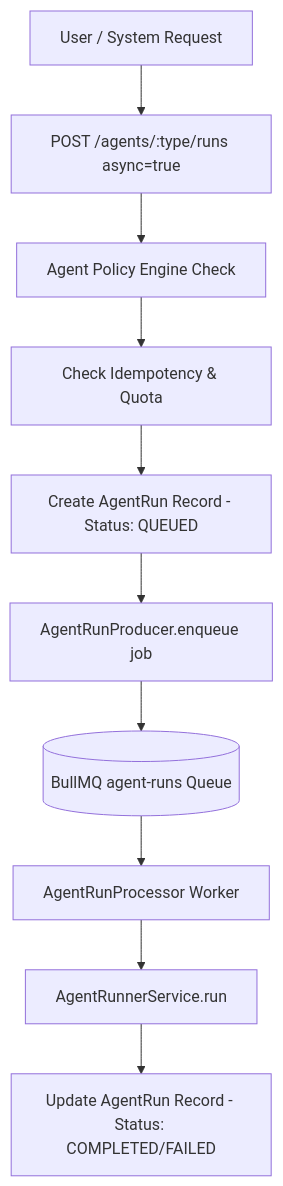
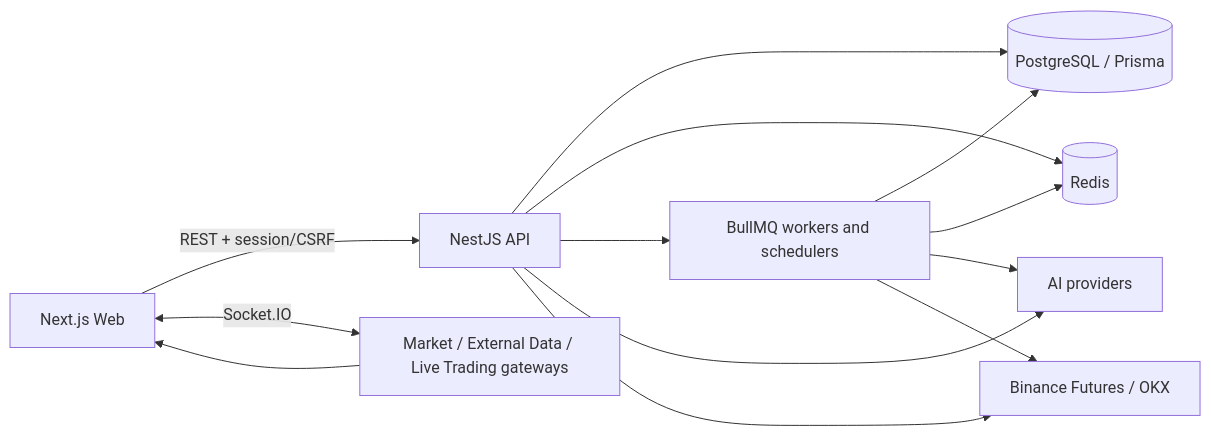
One commit to vietluu/AI-trading-web changed the first of 3 diagrams in ARCHITECTURE.md. Above: the diagram before and after it, drawn with Mermaid. The commit also changed other lines of this file and 13 other files, not shown here.

````diff
--- a/ARCHITECTURE.md
+++ b/ARCHITECTURE.md
@@ -373,12 +5,15 @@
 ```mermaid
-graph TD
-    CLIENT[User / System Request] --> API[POST /agents/:type/runs async=true]
-    API --> POLICY[Agent Policy Engine Check]
-    POLICY --> LOCK[Check Idempotency & Quota]
-    LOCK --> DB_CREATE[Create AgentRun Record - Status: QUEUED]
-    DB_CREATE --> ENQUEUE[AgentRunProducer.enqueue job]
-    ENQUEUE --> BULLMQ[(BullMQ agent-runs Queue)]
-    BULLMQ --> WORKER[AgentRunProcessor Worker]
-    WORKER --> RUNNER[AgentRunnerService.run]
-    RUNNER --> DB_UPDATE[Update AgentRun Record - Status: COMPLETED/FAILED]
+flowchart LR
+    WEB[Next.js Web] -->|REST + session/CSRF| API[NestJS API]
+    WEB <-->|Socket.IO| WS[Market / External Data / Live Trading gateways]
+    API --> PG[(PostgreSQL / Prisma)]
+    API --> REDIS[(Redis)]
+    API --> QUEUES[BullMQ workers and schedulers]
+    API --> AI[AI providers]
+    API --> EX[Binance Futures / OKX]
+    QUEUES --> PG
+    QUEUES --> REDIS
+    QUEUES --> AI
+    QUEUES --> EX
+    WS --> WEB
 ```
````
